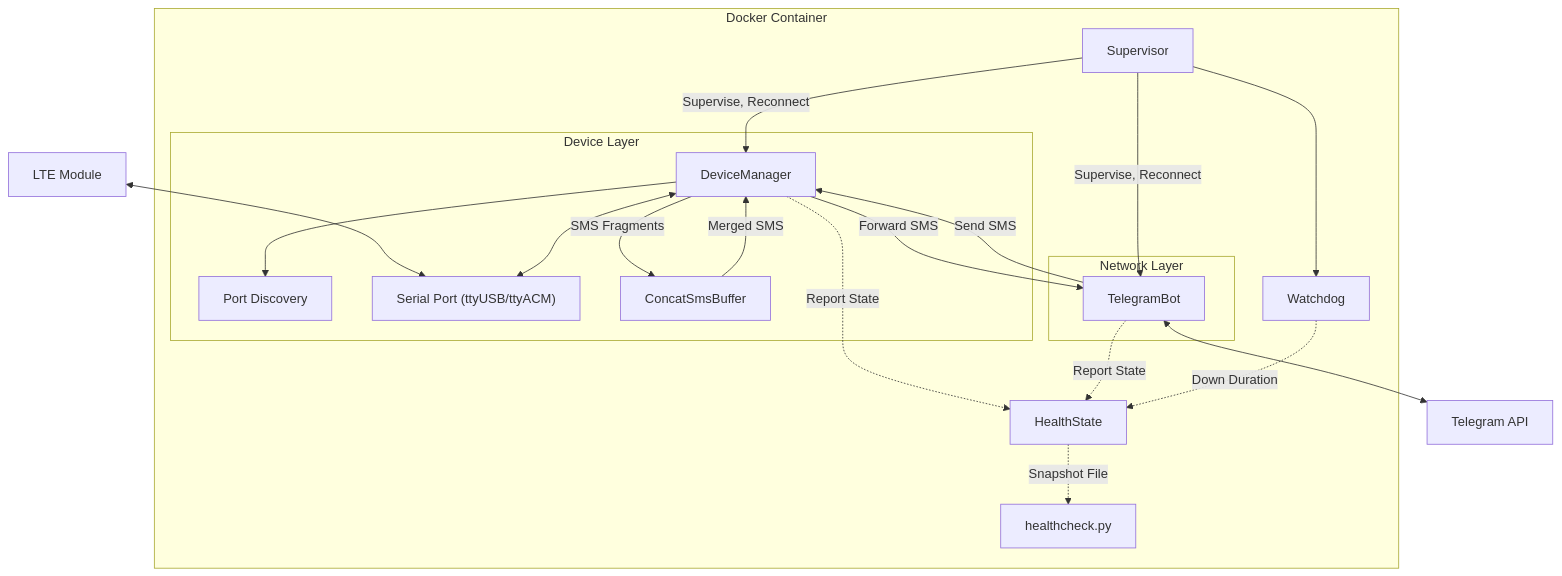
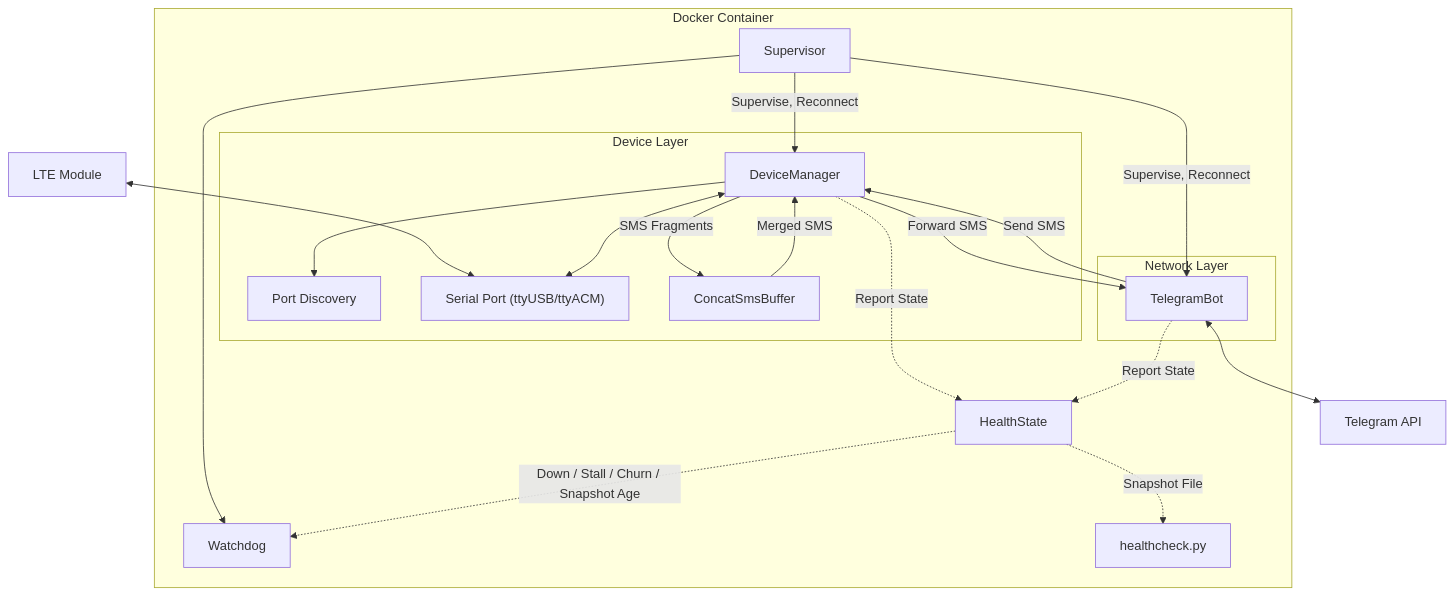
Before and after one commit to vxhorse/SMS_forwarder_Telegram: the diagram in README.md, drawn with Mermaid. The commit also changed other lines of this file and 3 other files, not shown here.

````diff
--- a/README.md
+++ b/README.md
@@ -21,37 +21,37 @@
 ```mermaid
 graph TD
     subgraph DC [Docker Container]
         Sup[Supervisor]
         WD[Watchdog]
         HS[HealthState]
         HC["healthcheck.py"]
 
         subgraph DeviceLayer [Device Layer]
             DM[DeviceManager]
             Disc[Port Discovery]
             Serial["Serial Port (ttyUSB/ttyACM)"]
             Buffer[ConcatSmsBuffer]
         end
 
         subgraph NetworkLayer [Network Layer]
             Bot[TelegramBot]
         end
     end
 
     Hardware[LTE Module] <--> Serial
     Sup -- "Supervise, Reconnect" --> DM
     Sup -- "Supervise, Reconnect" --> Bot
     Sup --> WD
     DM --> Disc
     DM <--> Serial
     DM -- "SMS Fragments" --> Buffer
     Buffer -- "Merged SMS" --> DM
     DM -- "Forward SMS" --> Bot
     Bot -- "Send SMS" --> DM
     Bot <--> API[Telegram API]
 
     DM -. "Report State" .-> HS
     Bot -. "Report State" .-> HS
-    WD -. "Down Duration" .-> HS
+    HS -. "Down / Stall / Churn / Snapshot Age" .-> WD
     HS -. "Snapshot File" .-> HC
 ```
````
